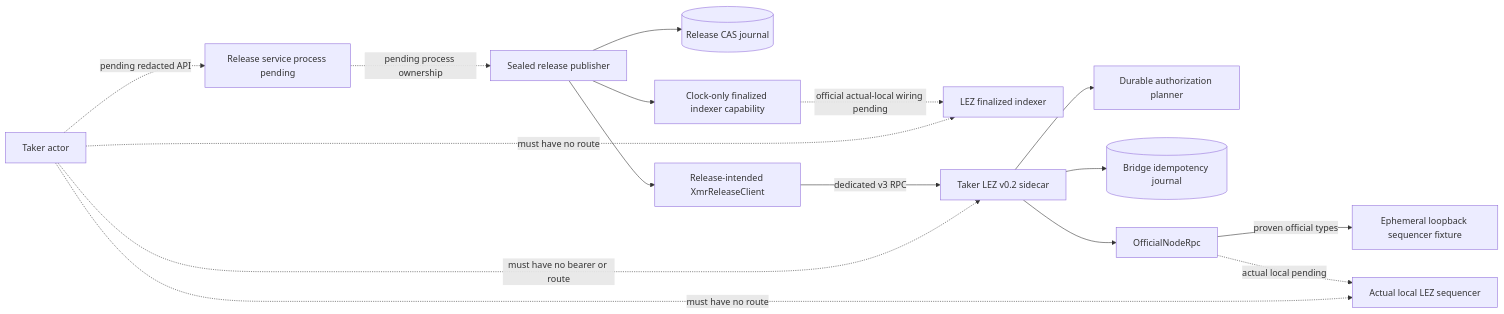
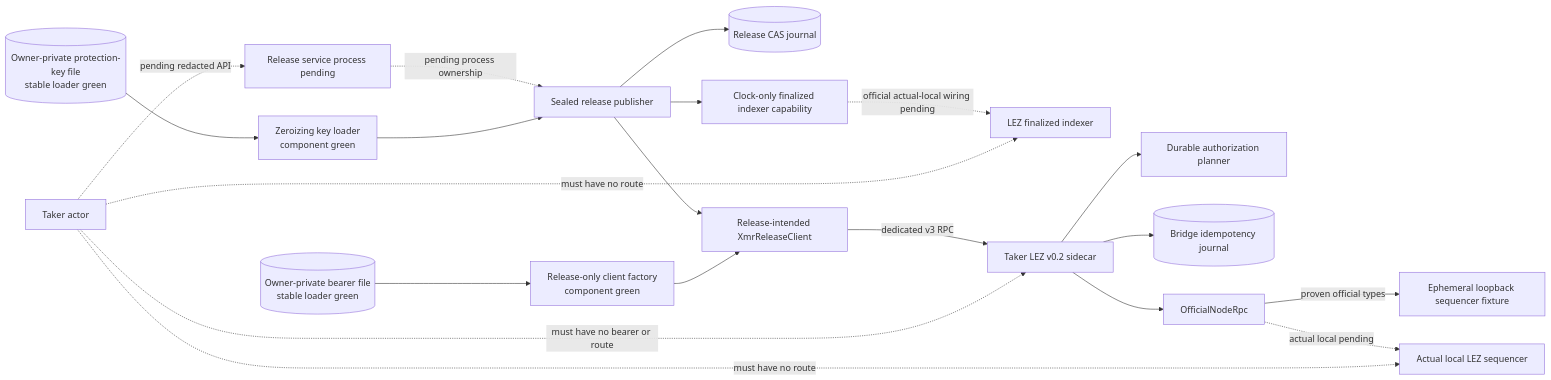
Before and after one commit to gateway-fm/lez-atomic-swaps: the first of 2 diagrams in docs/architecture/0067-submit-xmr-authorization-through-dedicated-route.md, drawn with Mermaid. The commit also changed other lines of this file and 19 other files, not shown here.

````diff
--- a/docs/architecture/0067-submit-xmr-authorization-through-dedicated-route.md
+++ b/docs/architecture/0067-submit-xmr-authorization-through-dedicated-route.md
@@ -59,18 +66,22 @@
 ```mermaid
 flowchart LR
     Actor["Taker actor"] -.->|"pending redacted API"| Service["Release service process pending"]
     Service -.->|"pending process ownership"| Authority["Sealed release publisher"]
     Authority --> ReleaseJournal[("Release CAS journal")]
     Authority --> Clock["Clock-only finalized indexer capability"]
     Authority --> Client["Release-intended XmrReleaseClient"]
+    BearerFile[("Owner-private bearer file<br/>stable loader green")] --> ReleaseFactory["Release-only client factory<br/>component green"]
+    ReleaseFactory --> Client
+    KeyFile[("Owner-private protection-key file<br/>stable loader green")] --> KeyLoader["Zeroizing key loader<br/>component green"]
+    KeyLoader --> Authority
     Clock -.->|"official actual-local wiring pending"| Indexer["LEZ finalized indexer"]
     Client -->|"dedicated v3 RPC"| Sidecar["Taker LEZ v0.2 sidecar"]
     Sidecar --> Planner["Durable authorization planner"]
     Sidecar --> BridgeJournal[("Bridge idempotency journal")]
     Sidecar --> NodeRpc["OfficialNodeRpc"]
     NodeRpc -->|"proven official types"| Fixture["Ephemeral loopback sequencer fixture"]
     NodeRpc -.->|"actual local pending"| Sequencer["Actual local LEZ sequencer"]
     Actor -.->|"must have no bearer or route"| Sidecar
     Actor -.->|"must have no route"| Indexer
     Actor -.->|"must have no route"| Sequencer
 ```
````
